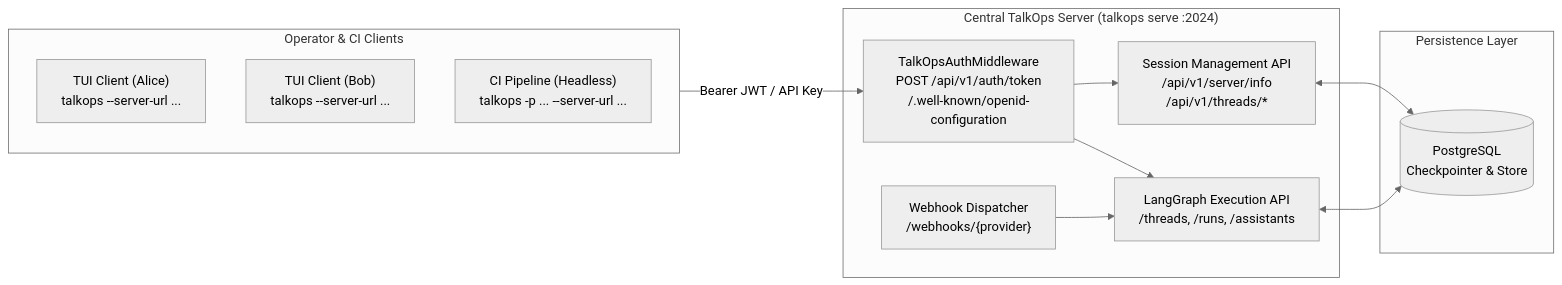
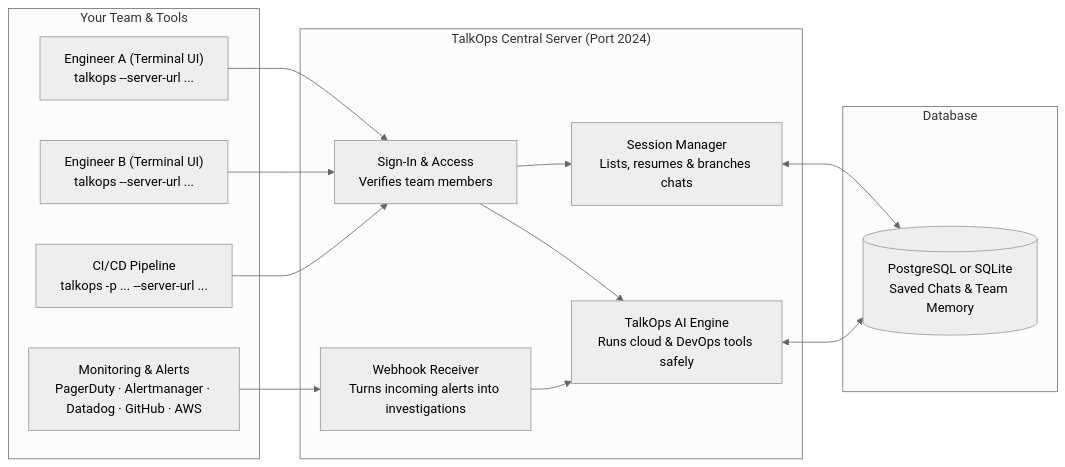
One commit to talkops-ai/talkops changed the diagram in docs/talkops-docs/central-server.md. Above: the diagram before and after it, drawn with Mermaid (neutral theme). The commit also changed other lines of this file and 81 other files, not shown here.

````diff
--- a/docs/talkops-docs/central-server.md
+++ b/docs/talkops-docs/central-server.md
@@ -40,24 +36,26 @@
 ```mermaid
 flowchart LR
-    subgraph Clients["Operator &amp; CI Clients"]
-        C1["TUI Client (Alice)\ntalkops --server-url ..."]
-        C2["TUI Client (Bob)\ntalkops --server-url ..."]
-        C3["CI Pipeline (Headless)\ntalkops -p ... --server-url ..."]
+    subgraph Clients["Your Team & Tools"]
+        C1["Engineer A (Terminal UI)\ntalkops --server-url ..."]
+        C2["Engineer B (Terminal UI)\ntalkops --server-url ..."]
+        C3["CI/CD Pipeline\ntalkops -p ... --server-url ..."]
+        WH["Monitoring & Alerts\nPagerDuty · Alertmanager · Datadog · GitHub · AWS"]
     end
 
-    subgraph CentralServer["Central TalkOps Server (talkops serve :2024)"]
-        Auth["TalkOpsAuthMiddleware\nPOST /api/v1/auth/token\n/.well-known/openid-configuration"]
-        ThreadAPI["Session Management API\n/api/v1/server/info\n/api/v1/threads/*"]
-        GraphAPI["LangGraph Execution API\n/threads, /runs, /assistants"]
-        WebhookAPI["Webhook Dispatcher\n/webhooks/{provider}"]
+    subgraph Server["TalkOps Central Server (Port 2024)"]
+        Auth["Sign-In & Access\nVerifies team members"]
+        Gateway["Session Manager\nLists, resumes & branches chats"]
+        Webhooks["Webhook Receiver\nTurns incoming alerts into investigations"]
+        Agent["TalkOps AI Engine\nRuns cloud & DevOps tools safely"]
     end
 
-    subgraph Storage["Persistence Layer"]
-        PG[("PostgreSQL\nCheckpointer &amp; Store")]
+    subgraph Storage["Database"]
+        DB[("PostgreSQL or SQLite\nSaved Chats & Team Memory")]
     end
 
-    Clients -->|Bearer JWT / API Key| Auth
-    Auth --> ThreadAPI & GraphAPI
-    ThreadAPI & GraphAPI <--> PG
-    WebhookAPI --> GraphAPI
+    C1 & C2 & C3 --> Auth
+    Auth --> Gateway & Agent
+    WH --> Webhooks
+    Webhooks --> Agent
+    Gateway & Agent <--> DB
 ```
````
